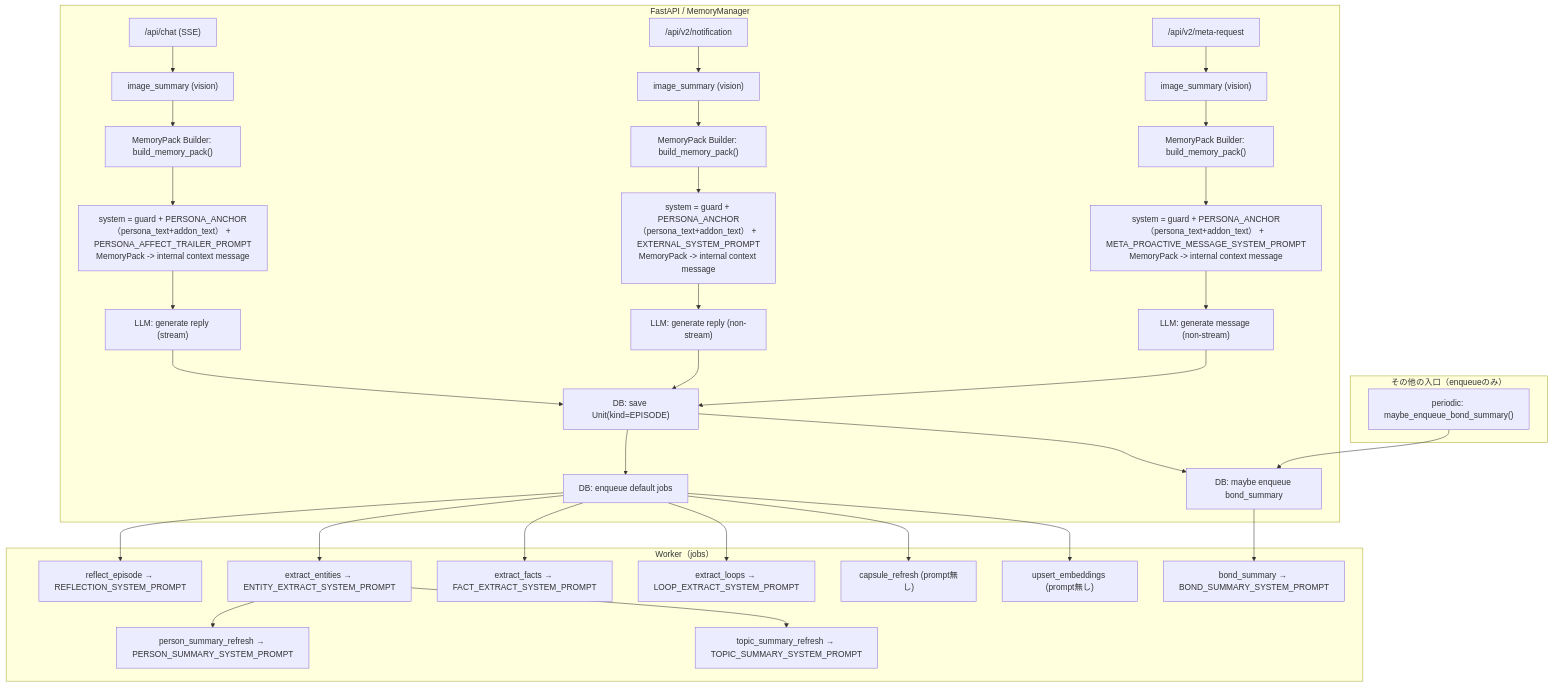
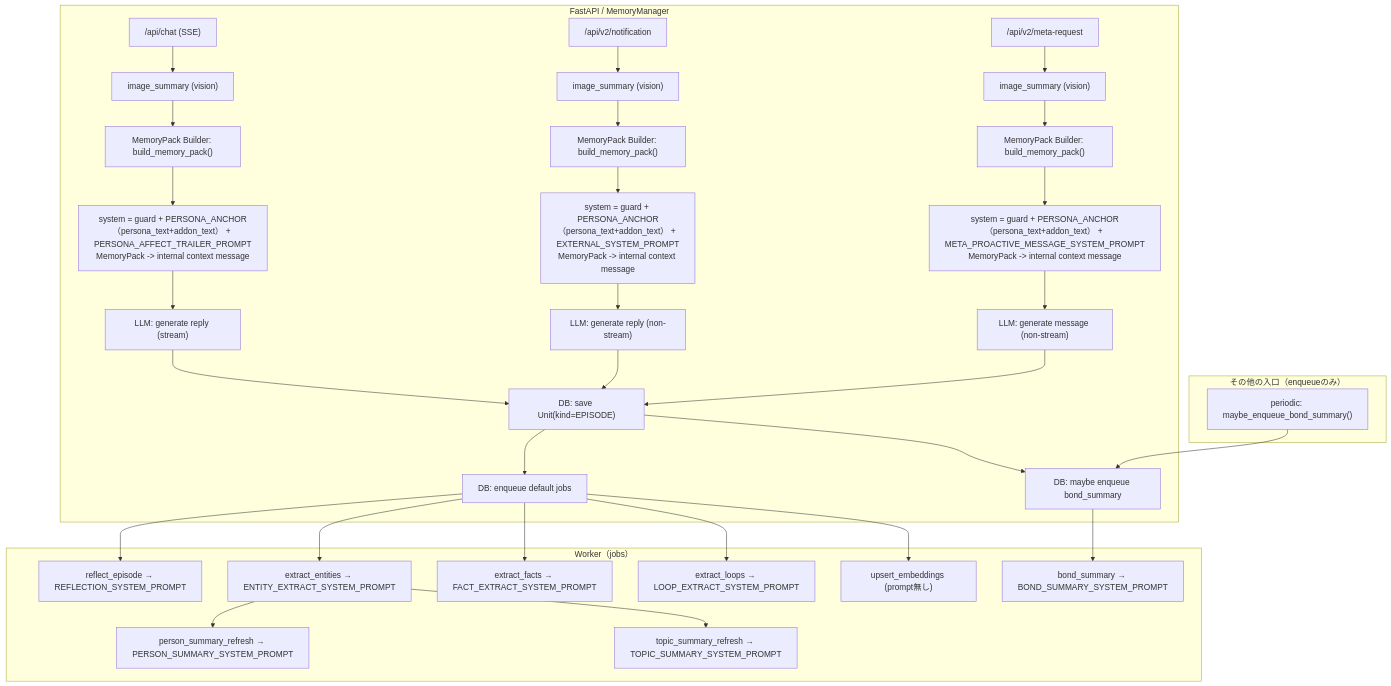
Before and after one commit to hirona98/cocoro_ghost: the first of 4 diagrams in docs/prompt_usage_map.md, drawn with Mermaid. The commit also changed other lines of this file and 12 other files, not shown here.

````diff
--- a/docs/prompt_usage_map.md
+++ b/docs/prompt_usage_map.md
@@ -31,43 +31,42 @@
 ```mermaid
 flowchart TD
   subgraph API["FastAPI / MemoryManager"]
     CHAT["/api/chat (SSE)"] --> IMGC["image_summary (vision)"]
     NOTIF["/api/v2/notification"] --> IMGN["image_summary (vision)"]
     META["/api/v2/meta-request"] --> IMGM["image_summary (vision)"]
 
     IMGC --> PACK["MemoryPack Builder: build_memory_pack()"]
     IMGN --> PACKN["MemoryPack Builder: build_memory_pack()"]
     IMGM --> PACKM["MemoryPack Builder: build_memory_pack()"]
 
     PACK --> SYS_CHAT["system = guard + PERSONA_ANCHOR（persona_text+addon_text） + PERSONA_AFFECT_TRAILER_PROMPT\nMemoryPack -> internal context message"]
     PACKN --> SYS_NOTIF["system = guard + PERSONA_ANCHOR（persona_text+addon_text） + EXTERNAL_SYSTEM_PROMPT\nMemoryPack -> internal context message"]
     PACKM --> SYS_META["system = guard + PERSONA_ANCHOR（persona_text+addon_text） + META_PROACTIVE_MESSAGE_SYSTEM_PROMPT\nMemoryPack -> internal context message"]
 
     SYS_CHAT --> LLM_CHAT["LLM: generate reply (stream)"]
     SYS_NOTIF --> LLM_NOTIF["LLM: generate reply (non-stream)"]
     SYS_META --> LLM_META["LLM: generate message (non-stream)"]
 
     LLM_CHAT --> SAVE_EP["DB: save Unit(kind=EPISODE)"]
     LLM_NOTIF --> SAVE_EP
     LLM_META --> SAVE_EP
 
     SAVE_EP --> ENQ["DB: enqueue default jobs"]
     SAVE_EP --> ENQW_MAYBE["DB: maybe enqueue bond_summary"]
   end
 
   subgraph WORKER["Worker（jobs）"]
     ENQ --> REFLECT["reflect_episode → REFLECTION_SYSTEM_PROMPT"]
     ENQ --> ENT["extract_entities → ENTITY_EXTRACT_SYSTEM_PROMPT"]
     ENQ --> FACT["extract_facts → FACT_EXTRACT_SYSTEM_PROMPT"]
     ENQ --> LOOP["extract_loops → LOOP_EXTRACT_SYSTEM_PROMPT"]
-    ENQ --> CAPR["capsule_refresh (prompt無し)"]
     ENQ --> EMB["upsert_embeddings (prompt無し)"]
     ENT --> PERS["person_summary_refresh → PERSON_SUMMARY_SYSTEM_PROMPT"]
     ENT --> TOP["topic_summary_refresh → TOPIC_SUMMARY_SYSTEM_PROMPT"]
     ENQW_MAYBE --> WEEK["bond_summary → BOND_SUMMARY_SYSTEM_PROMPT"]
   end
 
   subgraph OTHER["その他の入口（enqueueのみ）"]
     PERIODIC["periodic: maybe_enqueue_bond_summary()"] --> ENQW_MAYBE
   end
 ```
````
